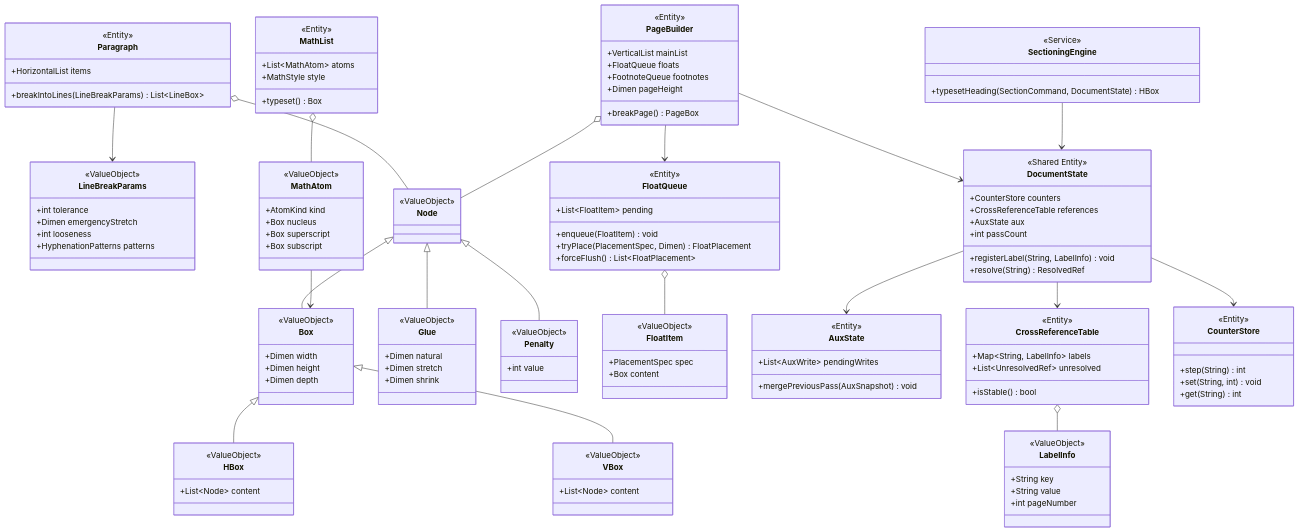
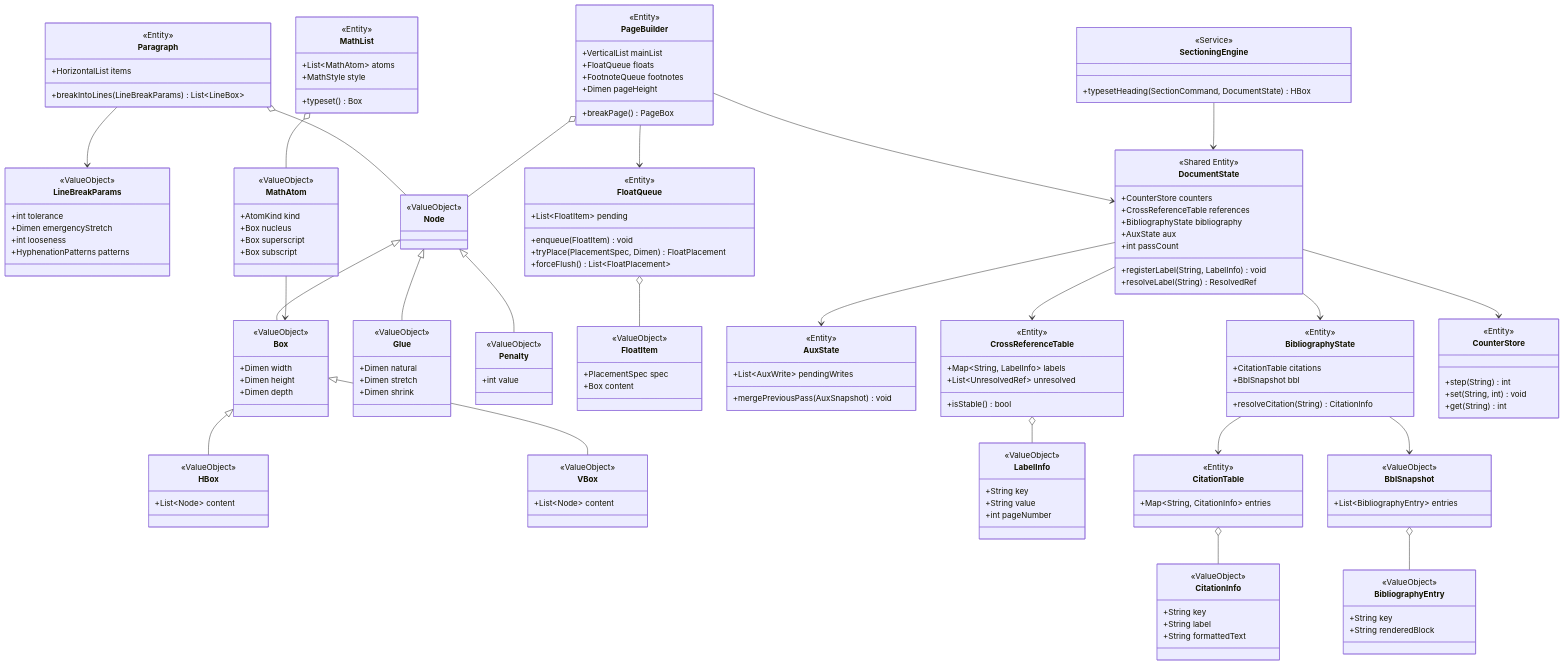
Before and after one commit to RK0429/ferritex: the third of 12 diagrams in docs/domain_model.md, drawn with Mermaid. The commit also changed other lines of this file and 1 other file, not shown here.

````diff
--- a/docs/domain_model.md
+++ b/docs/domain_model.md
@@ -375,10 +424,11 @@
         <<Shared Entity>>
         +CounterStore counters
         +CrossReferenceTable references
+        +BibliographyState bibliography
         +AuxState aux
         +int passCount
         +registerLabel(String, LabelInfo) void
-        +resolve(String) ResolvedRef
+        +resolveLabel(String) ResolvedRef
     }
     class AuxState {
         <<Entity>>
@@ -396,6 +446,31 @@
         +String key
         +String value
         +int pageNumber
+    }
+    class BibliographyState {
+        <<Entity>>
+        +CitationTable citations
+        +BblSnapshot bbl
+        +resolveCitation(String) CitationInfo
+    }
+    class CitationTable {
+        <<Entity>>
+        +Map~String, CitationInfo~ entries
+    }
+    class CitationInfo {
+        <<ValueObject>>
+        +String key
+        +String label
+        +String formattedText
+    }
+    class BblSnapshot {
+        <<ValueObject>>
+        +List~BibliographyEntry~ entries
+    }
+    class BibliographyEntry {
+        <<ValueObject>>
+        +String key
+        +String renderedBlock
     }
     class CounterStore {
         <<Entity>>
@@ -421,5 +496,10 @@
     DocumentState --> CounterStore
     DocumentState --> AuxState
     DocumentState --> CrossReferenceTable
+    DocumentState --> BibliographyState
     CrossReferenceTable o-- LabelInfo
+    BibliographyState --> CitationTable
+    BibliographyState --> BblSnapshot
+    CitationTable o-- CitationInfo
+    BblSnapshot o-- BibliographyEntry
 ```
````
